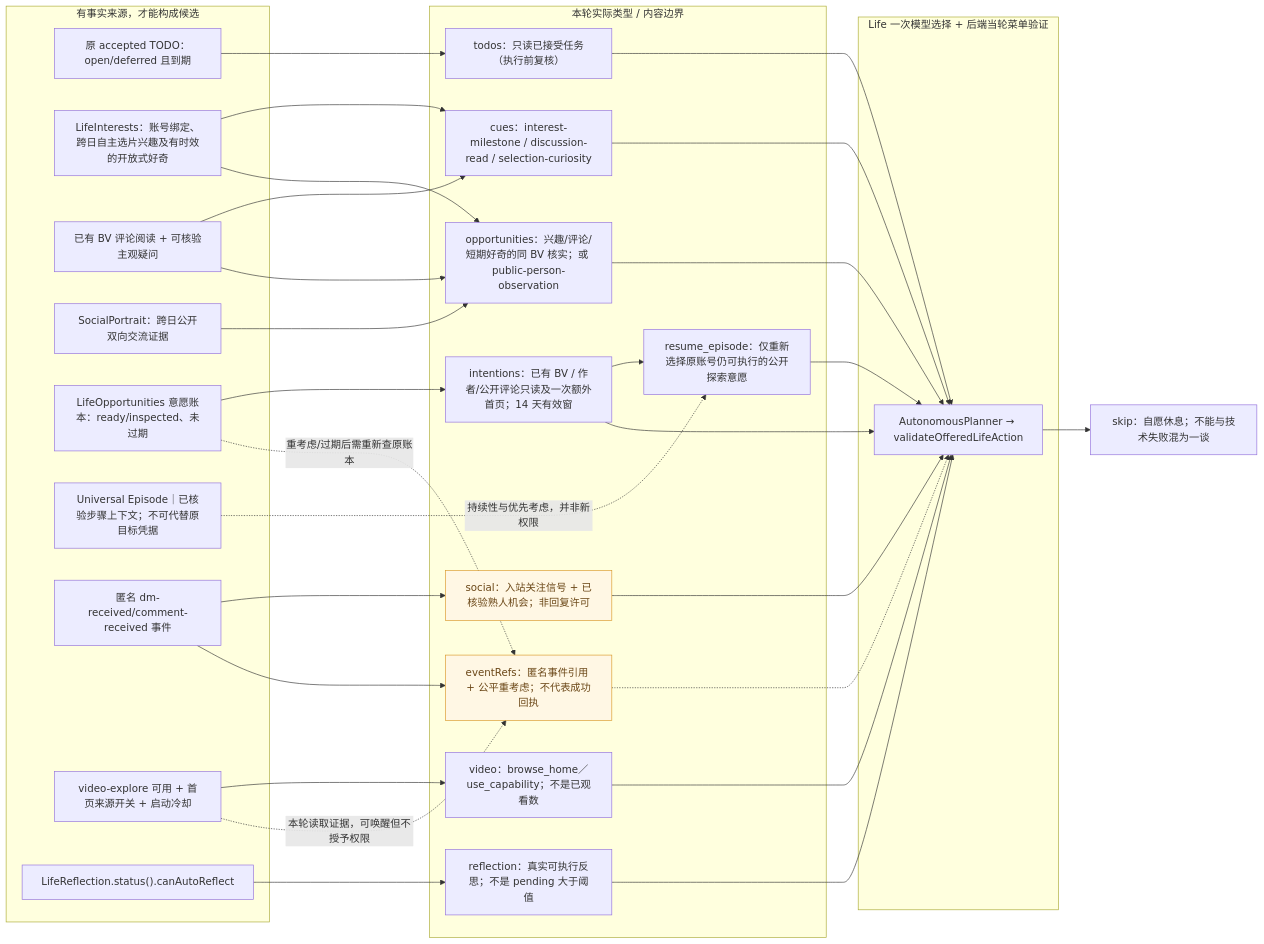
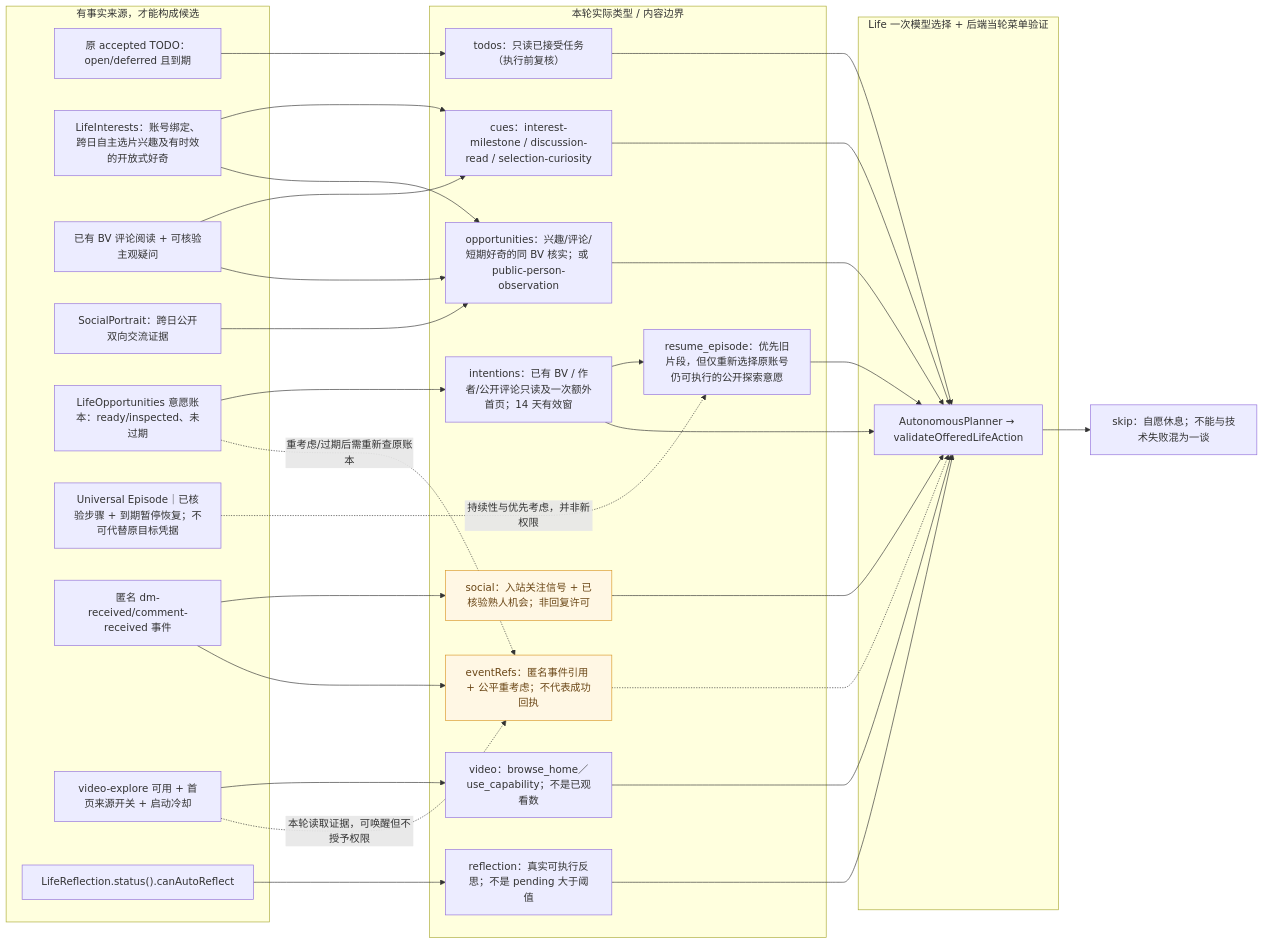
One commit to minedalang/dsh-dafeiyu-life changed the diagram in docs/architecture/diagrams/life-candidates-current.mmd. Above: the diagram before and after it, drawn with Mermaid. The commit also changed 23 other files, not shown here.

First line of the commit message:
fix：恢复暂停 Life Episode 并打通视频入选评论意愿回执

```diff
--- a/docs/architecture/diagrams/life-candidates-current.mmd
+++ b/docs/architecture/diagrams/life-candidates-current.mmd
@@ -1,73 +1,75 @@
 %% 生活候选细目字典：这是当前项目的真实 schema 类型/选择约束，不是泛化的 AI 心理推演。
 flowchart LR
   subgraph inputs["有事实来源，才能构成候选"]
     sourceTodo["原 accepted TODO：open/deferred 且到期"]
     sourceInterest["LifeInterests：账号绑定、跨日自主选片兴趣及有时效的开放式好奇"]
     sourceDiscussion["已有 BV 评论阅读 + 可核验主观疑问"]
     sourcePerson["SocialPortrait：跨日公开双向交流证据"]
     sourceLife["LifeOpportunities 意愿账本：ready/inspected、未过期"]
-    episodeState["Universal Episode｜已核验步骤上下文；不可代替原目标凭据"]
+    episodeState["Universal Episode｜已核验步骤 + 到期暂停恢复；不可代替原目标凭据"]
     sourceSocial["匿名 dm-received/comment-received 事件"]
     sourceVideo["video-explore 可用 + 首页来源开关 + 启动冷却"]
     sourceReflect["LifeReflection.status().canAutoReflect"]
   end
   subgraph candidates["本轮实际类型 / 内容边界"]
     todos["todos：只读已接受任务（执行前复核）"]
     cues["cues：interest-milestone / discussion-read / selection-curiosity"]
     opportunities["opportunities：兴趣/评论/短期好奇的同 BV 核实；或 public-person-observation"]
     intentions["intentions：已有 BV / 作者/公开评论只读及一次额外首页；14 天有效窗"]
-    resume["resume_episode：仅重新选择原账号仍可执行的公开探索意愿"]
+    resume["resume_episode：优先旧片段，但仅重新选择原账号仍可执行的公开探索意愿"]
     social["social：入站关注信号 + 已核验熟人机会；非回复许可"]
     video["video：browse_home／use_capability；不是已观看数"]
     reflection["reflection：真实可执行反思；不是 pending 大于阈值"]
     eventRefs["eventRefs：匿名事件引用 + 公平重考虑；不代表成功回执"]
   end
   sourceTodo --> todos
   sourceInterest --> cues
   sourceDiscussion --> cues
   sourceInterest --> opportunities
   sourceDiscussion --> opportunities
   sourcePerson --> opportunities
   sourceLife --> intentions
   episodeState -.->|持续性与优先考虑，并非新权限| resume
   intentions --> resume
   sourceSocial --> social
   sourceVideo --> video
   sourceReflect --> reflection
   sourceSocial --> eventRefs
   sourceVideo -.->|本轮读取证据，可唤醒但不授予权限| eventRefs
   sourceLife -.->|重考虑/过期后需重新查原账本| eventRefs
   subgraph choice["Life 一次模型选择 + 后端当轮菜单验证"]
     planner["AutonomousPlanner → validateOfferedLifeAction"]
   end
   todos --> planner
   cues --> planner
   opportunities --> planner
   intentions --> planner
   resume --> planner
   social --> planner
   video --> planner
   reflection --> planner
   eventRefs -.-> planner
   rest["skip：自愿休息；不能与技术失败混为一谈"]
   planner --> rest
   classDef partial fill:#fff7e4,stroke:#d99727,color:#6b4717
   class social,eventRefs partial
 
 %% @code todos | lib/owner-todos.mjs | export const READ_TODO_TYPES
 %% @code cues | lib/life-opportunities.mjs | const explorationCues=
 %% @code opportunities | lib/life-opportunities.mjs | export function deriveDiscussionOpportunities
 %% @code intentions | lib/life-opportunities.mjs | const intentions=
 %% @code social | lib/life-agent-events.mjs | const TYPES=new Set
 %% @code video | lib/autonomous-planner.mjs | if(homeEnabled&&lifeSkills.some
 %% @code reflection | lib/life-reflection.mjs | canAutoReflect
 %% @code eventRefs | lib/life-agent-events.mjs | export const lifeEventDebugRef
 %% @code planner | lib/autonomous-planner.mjs | export function validateOfferedLifeAction
 
 %% dev.33 maintenance: selection-curiosity from account-tagged verified selected BV only;
 %% no free-form title search, no automatic outbound approval.
 
 %% dev.35: Episode 的写入不是默认终点；需实际只读或主动休息 + 冷却后才能再写，仍无新权限。
 
 %% @code episodeState | lib/life-universal-episodes.mjs | const view=e=>
 %% @code resume | lib/autonomous-planner.mjs | action:'resume_episode'
+
+%% @code resume | lib/life-episode-entrypoints.mjs | export function prioritizeLifeContinuationCandidates
```
